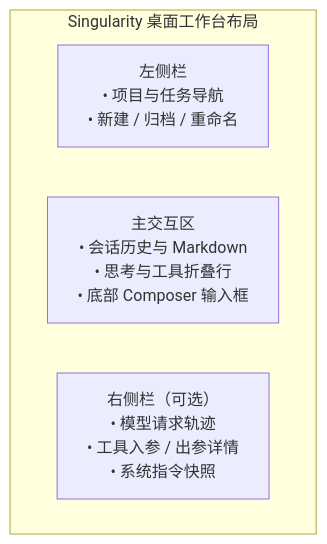
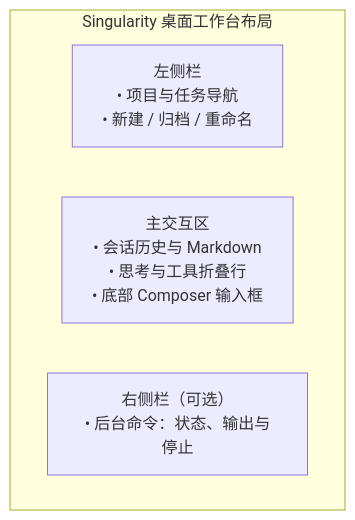
One commit to qjcnmd/singularity-agent changed the diagram in docs/desktop-ui.md. Above: the diagram before and after it, drawn with Mermaid. The commit also changed other lines of this file and 185 other files, not shown here.

````diff
--- a/docs/desktop-ui.md
+++ b/docs/desktop-ui.md
@@ -5,9 +5,9 @@
 ```mermaid
 flowchart TD
     subgraph App["Singularity 桌面工作台布局"]
         direction LR
         Sidebar["左侧栏<br/>• 项目与任务导航<br/>• 新建 / 归档 / 重命名"]
         Main["主交互区<br/>• 会话历史与 Markdown<br/>• 思考与工具折叠行<br/>• 底部 Composer 输入框"]
-        Trajectory["右侧栏（可选）<br/>• 模型请求轨迹<br/>• 工具入参 / 出参详情<br/>• 系统指令快照"]
+        Background["右侧栏（可选）<br/>• 后台命令：状态、输出与停止"]
     end
 ```
````
